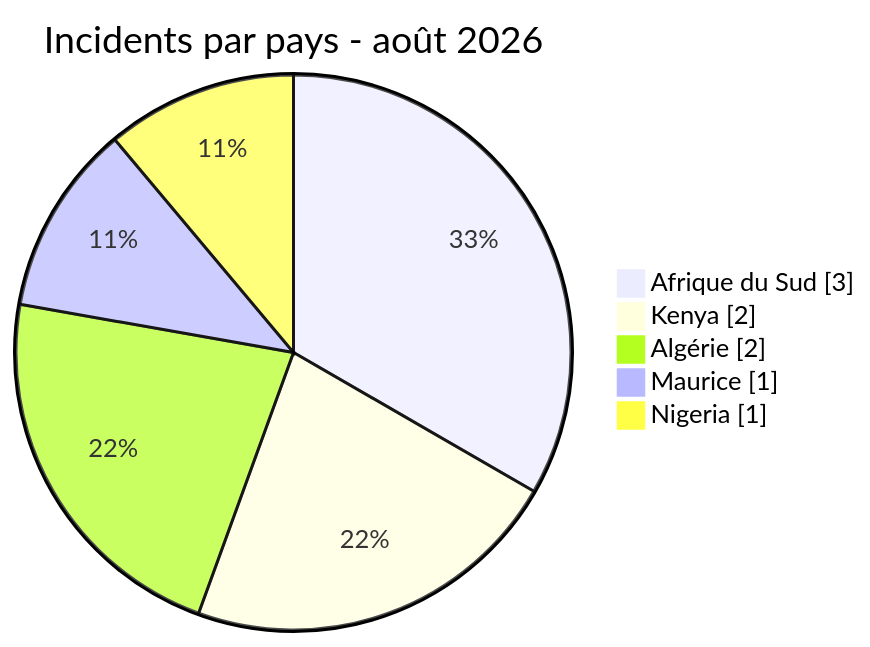
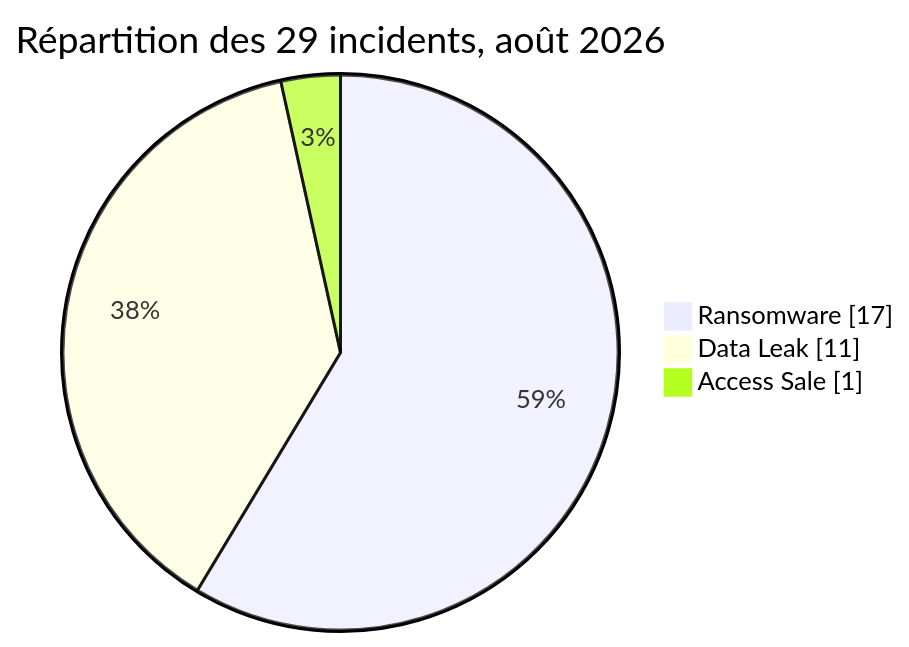
Before and after one commit to Hatchepsoute/AFRINTEL: the diagram in CyberAttackAfrica/2026/08-august/README_FR.md, drawn with Mermaid. The commit also changed other lines of this file and 11 other files, not shown here.

````diff
--- a/CyberAttackAfrica/2026/08-august/README_FR.md
+++ b/CyberAttackAfrica/2026/08-august/README_FR.md
@@ -56,9 +71,7 @@
 ```mermaid
 pie showData
-title Incidents par pays - août 2026
-"Afrique du Sud" : 3
-"Kenya" : 2
-"Algérie" : 2
-"Maurice" : 1
-"Nigeria" : 1
+    title Répartition des 29 incidents, août 2026
+    "Ransomware" : 17
+    "Data Leak" : 11
+    "Access Sale" : 1
 ```
````
